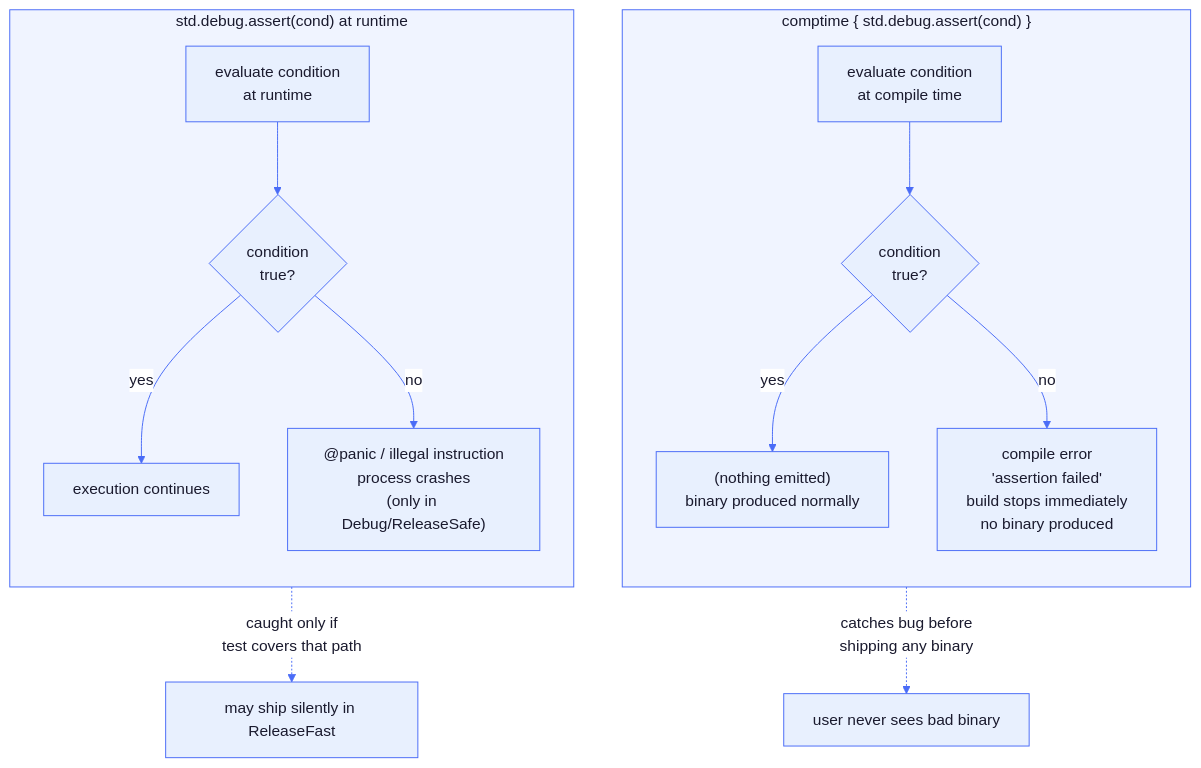
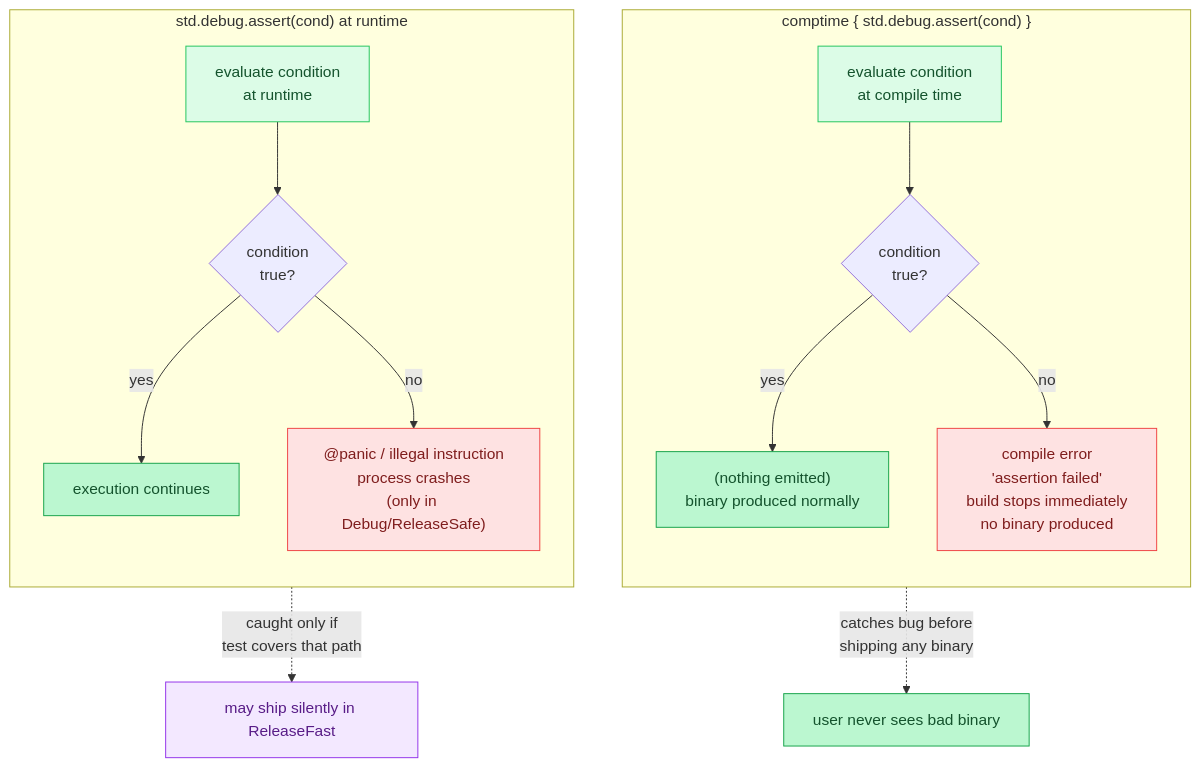
The seventh of 7 diagrams in docs/tutorial/appendix-compile-time.md (maci0/agave), drawn with Mermaid before and after one commit. The commit also changed other lines of this file and 24 other files, not shown here.

First line of the commit message:
docs: convert all mermaid diagrams to classDef semantic colors

````diff
--- a/docs/tutorial/appendix-compile-time.md
+++ b/docs/tutorial/appendix-compile-time.md
@@ -591,41 +598,43 @@
 ```mermaid
-%%{init: {'theme': 'base', 'themeVariables': {
-  'primaryColor': '#e8f0fe',
-  'primaryTextColor': '#1a1a2e',
-  'primaryBorderColor': '#4a6cf7',
-  'lineColor': '#4a6cf7',
-  'secondaryColor': '#f0f4ff',
-  'tertiaryColor': '#f8f9ff',
-  'edgeLabelBackground': '#ffffff',
-  'clusterBkg': '#f0f4ff',
-  'clusterBorder': '#4a6cf7',
-  'titleColor': '#1a1a2e',
-  'nodeTextColor': '#1a1a2e',
-  'fontFamily': 'ui-monospace, SFMono-Regular, monospace'
-}}}%%
 flowchart TD
+    classDef setup     fill:#dbeafe,stroke:#3b82f6,color:#1e3a5f
+    classDef sync      fill:#dcfce7,stroke:#22c55e,color:#14532d
+    classDef migration fill:#fef9c3,stroke:#eab308,color:#713f12
+    classDef success   fill:#bbf7d0,stroke:#16a34a,color:#14532d
+    classDef danger    fill:#fee2e2,stroke:#ef4444,color:#7f1d1d
+    classDef optional  fill:#f3e8ff,stroke:#9333ea,color:#581c87
+
+    CA_Eval["evaluate condition\nat compile time"]:::sync
+    CA_Silent["(nothing emitted)\nbinary produced normally"]:::success
+    CA_Fail["compile error\n'assertion failed'\nbuild stops immediately\nno binary produced"]:::danger
+    RA_Eval["evaluate condition\nat runtime"]:::sync
+    RA_Silent["execution continues"]:::success
+    RA_Fail["@panic / illegal instruction\nprocess crashes\n(only in Debug/ReleaseSafe)"]:::danger
+    note1["user never sees bad binary"]:::success
+    note2["may ship silently in ReleaseFast"]:::optional
+
     subgraph ComptimeAssert["comptime { std.debug.assert(cond) }"]
         direction TB
-        CA_Eval["evaluate condition\nat compile time"]
+        CA_Eval
         CA_Pass{"condition\ntrue?"}
-        CA_Silent["(nothing emitted)\nbinary produced normally"]
-        CA_Fail["compile error\n'assertion failed'\nbuild stops immediately\nno binary produced"]
+        CA_Silent
+        CA_Fail
         CA_Eval --> CA_Pass
         CA_Pass -- yes --> CA_Silent
         CA_Pass -- no --> CA_Fail
     end
 
     subgraph RuntimeAssert["std.debug.assert(cond) at runtime"]
         direction TB
-        RA_Eval["evaluate condition\nat runtime"]
+        RA_Eval
         RA_Pass{"condition\ntrue?"}
-        RA_Silent["execution continues"]
-        RA_Fail["@panic / illegal instruction\nprocess crashes\n(only in Debug/ReleaseSafe)"]
+        RA_Silent
+        RA_Fail
         RA_Eval --> RA_Pass
         RA_Pass -- yes --> RA_Silent
         RA_Pass -- no --> RA_Fail
     end
 
-    CA_Fail -. "catches bug before\nshipping any binary" .-> note1["user never sees bad binary"]
-    RA_Fail -. "caught only if\ntest covers that path" .-> note2["may ship silently in ReleaseFast"]
+    CA_Fail -. "catches bug before\nshipping any binary" .-> note1
+    RA_Fail -. "caught only if\ntest covers that path" .-> note2
 ```
````
